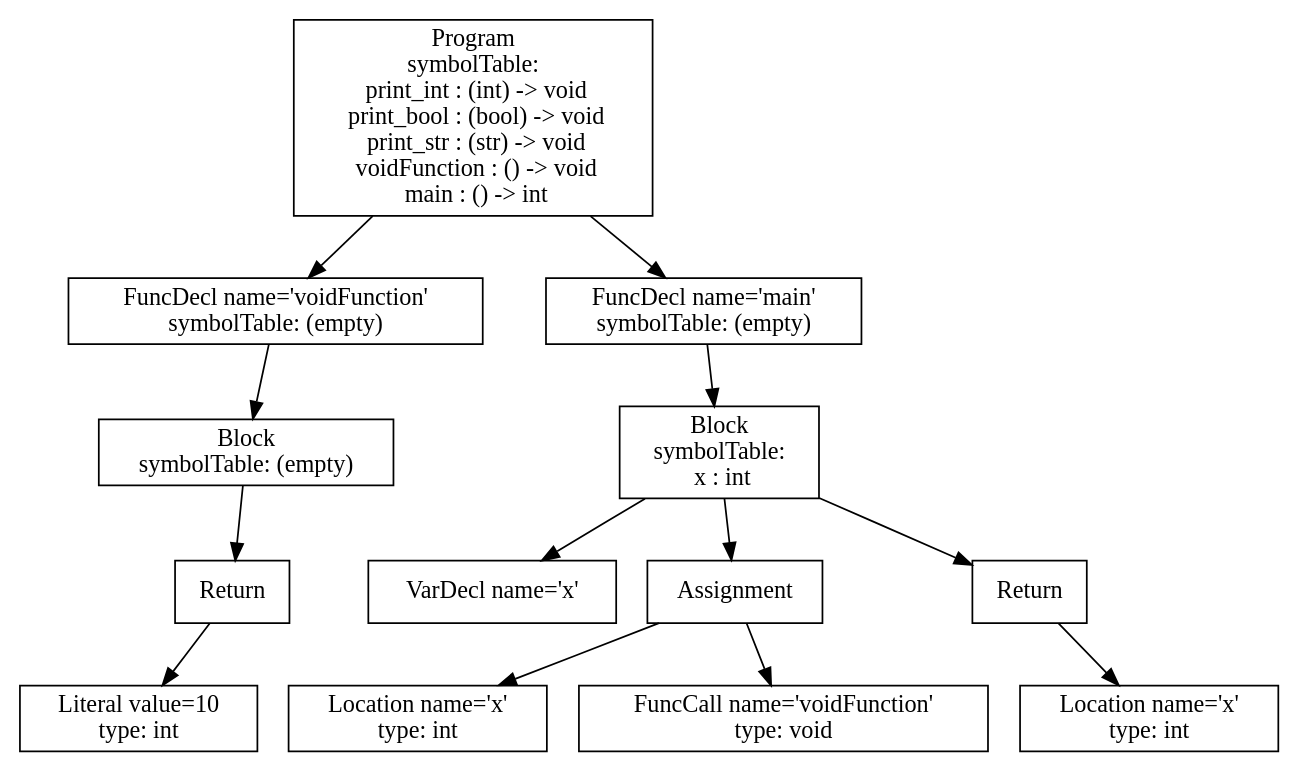
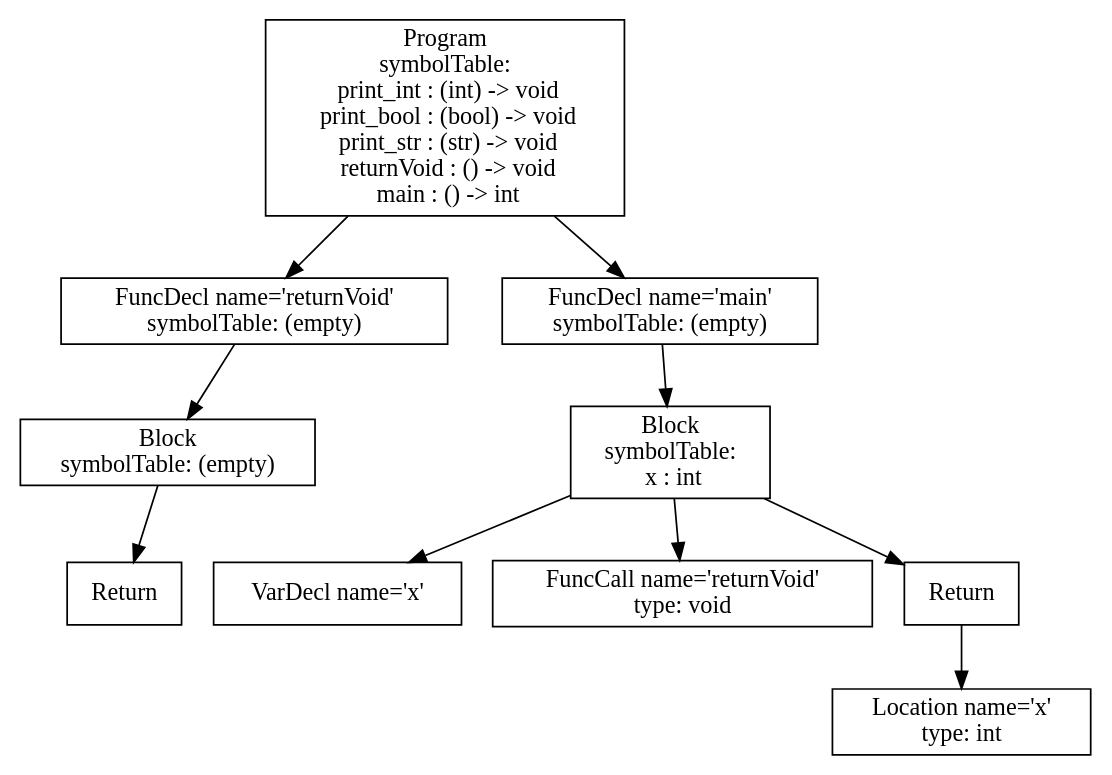
One commit to atrim11/CS432 changed the diagram in p3-analysis/tree.dot. Above: the diagram before and after it, drawn with Graphviz. The commit also changed 170 other files, not shown here.

```diff
--- a/p3-analysis/tree.dot
+++ b/p3-analysis/tree.dot
@@ -1,27 +1,21 @@
 digraph AST {
-4 [shape=box, label="Literal value=10\ntype: int"];
 3 [shape=box, label="Return"];
-3 -> 4;
 2 [shape=box, label="Block\nsymbolTable: (empty)"];
 2 -> 3;
-1 [shape=box, label="FuncDecl name='voidFunction'\nsymbolTable: (empty)"];
+1 [shape=box, label="FuncDecl name='returnVoid'\nsymbolTable: (empty)"];
 1 -> 2;
-7 [shape=box, label="VarDecl name='x'"];
+6 [shape=box, label="VarDecl name='x'"];
+7 [shape=box, label="FuncCall name='returnVoid'\ntype: void"];
 9 [shape=box, label="Location name='x'\ntype: int"];
-10 [shape=box, label="FuncCall name='voidFunction'\ntype: void"];
-8 [shape=box, label="Assignment"];
+8 [shape=box, label="Return"];
 8 -> 9;
-8 -> 10;
-12 [shape=box, label="Location name='x'\ntype: int"];
-11 [shape=box, label="Return"];
-11 -> 12;
-6 [shape=box, label="Block\nsymbolTable: \n  x : int"];
-6 -> 7;
-6 -> 8;
-6 -> 11;
-5 [shape=box, label="FuncDecl name='main'\nsymbolTable: (empty)"];
+5 [shape=box, label="Block\nsymbolTable: \n  x : int"];
 5 -> 6;
-0 [shape=box, label="Program\nsymbolTable: \n  print_int : (int) -> void\n  print_bool : (bool) -> void\n  print_str : (str) -> void\n  voidFunction : () -> void\n  main : () -> int"];
+5 -> 7;
+5 -> 8;
+4 [shape=box, label="FuncDecl name='main'\nsymbolTable: (empty)"];
+4 -> 5;
+0 [shape=box, label="Program\nsymbolTable: \n  print_int : (int) -> void\n  print_bool : (bool) -> void\n  print_str : (str) -> void\n  returnVoid : () -> void\n  main : () -> int"];
 0 -> 1;
-0 -> 5;
+0 -> 4;
 }
```
